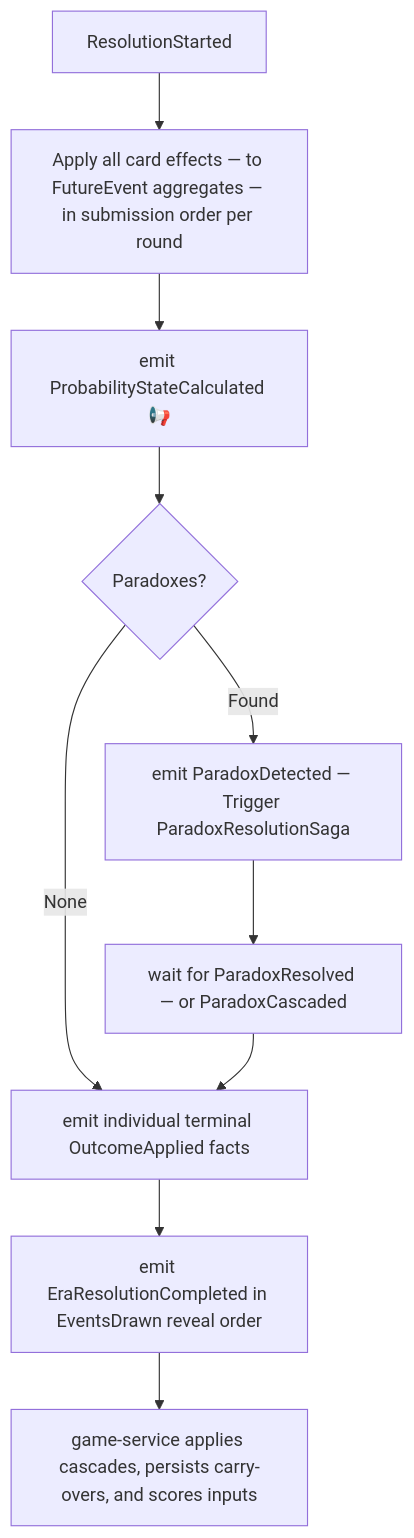
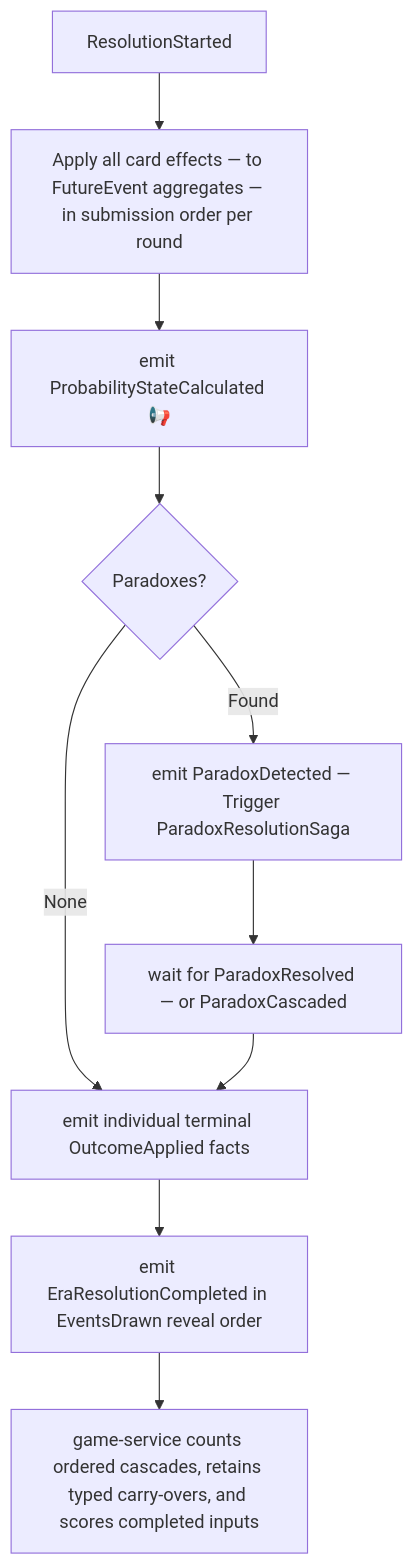
Before and after one commit to temporal-rift/docs: the diagram in sagas/resolution.mdx, drawn with Mermaid. The commit also changed other lines of this file and 4 other files, not shown here.

First line of the commit message:
docs: describe typed era carry-overs

````diff
--- a/sagas/resolution.mdx
+++ b/sagas/resolution.mdx
@@ -11,12 +11,12 @@
 ```mermaid
 flowchart TD
   A[ResolutionStarted] --> B[Apply all card effects — to FutureEvent aggregates — in submission order per round]
   B --> C[emit ProbabilityStateCalculated 📢]
   C --> D{Paradoxes?}
   D -->|None| E[emit individual terminal OutcomeApplied facts]
   D -->|Found| F[emit ParadoxDetected — Trigger ParadoxResolutionSaga]
   F --> G[wait for ParadoxResolved — or ParadoxCascaded]
   G --> E
   E --> H[emit EraResolutionCompleted in EventsDrawn reveal order]
-  H --> I[game-service applies cascades, persists carry-overs, and scores inputs]
+  H --> I[game-service counts ordered cascades, retains typed carry-overs, and scores completed inputs]
 ```
````
